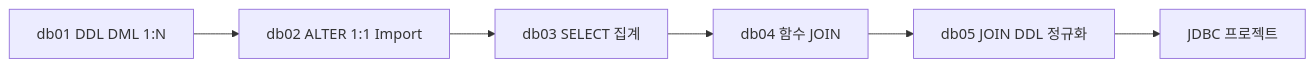
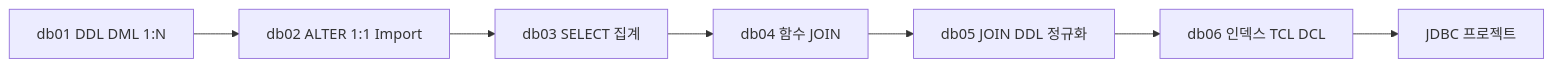
Before and after one commit to metaapple/kb7-db: the ninth of 10 diagrams in README.md, drawn with Mermaid. The commit also changed other lines of this file and 3 other files, not shown here.

````diff
--- a/README.md
+++ b/README.md
@@ -200,8 +202,9 @@
 ```mermaid
 flowchart LR
     D1["db01 DDL DML 1:N"] --> D2["db02 ALTER 1:1 Import"]
     D2 --> D3["db03 SELECT 집계"]
     D3 --> D4["db04 함수 JOIN"]
     D4 --> D5["db05 JOIN DDL 정규화"]
-    D5 --> D6[JDBC 프로젝트]
+    D5 --> D6["db06 인덱스 TCL DCL"]
+    D6 --> D7[JDBC 프로젝트]
 ```
````
